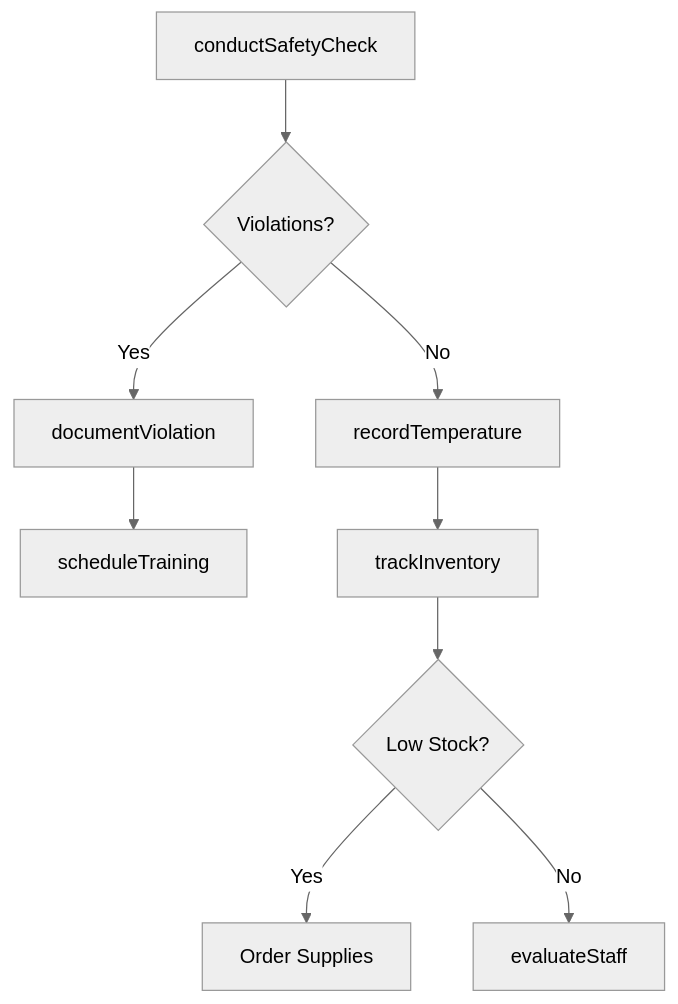
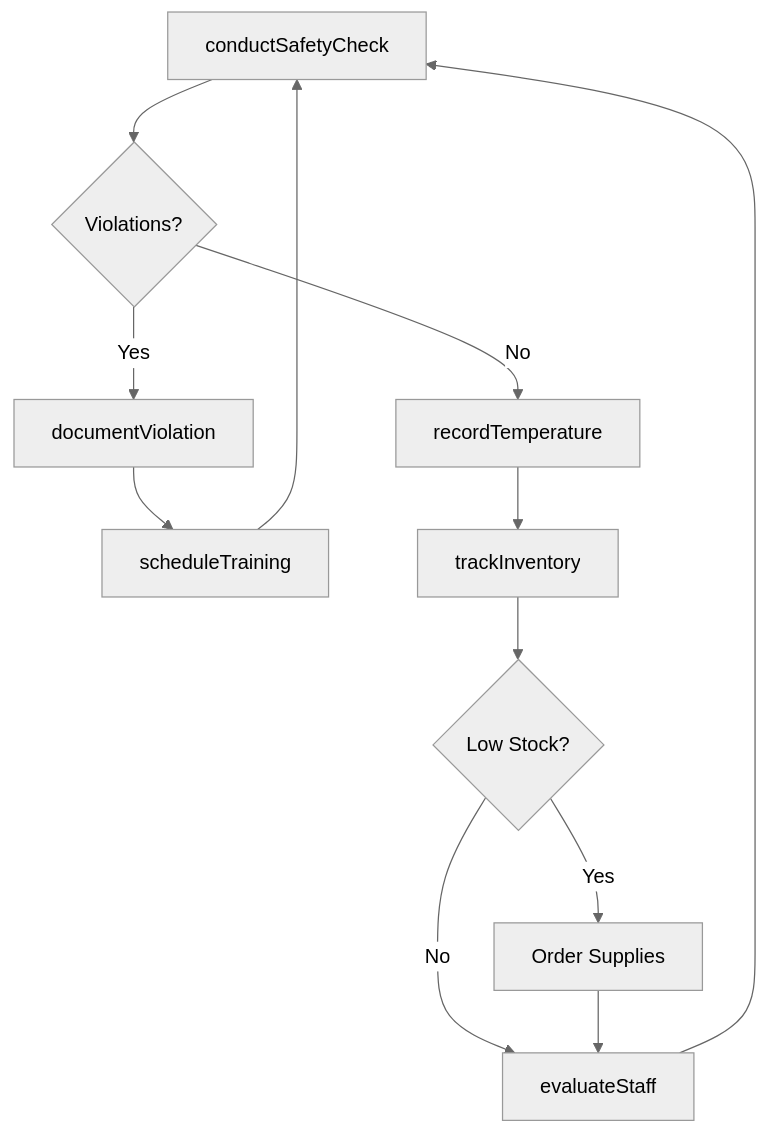
One commit to dot-org-ai/tasks.org.ai changed the third of 4 diagrams in MonitoringProcessesMaterialsOrSurroundings/MonitorOperationsToEnsureAdequatePerformance/MonitorFoodServicesOperationsEnsure.mdx. Above: the diagram before and after it, drawn with Mermaid (neutral theme). The commit also changed other lines of this file and 266 other files, not shown here.

First line of the commit message:
feat: Add ER diagrams, state diagrams to wave 2 batch (251 DWA files)

````diff
--- a/MonitoringProcessesMaterialsOrSurroundings/MonitorOperationsToEnsureAdequatePerformance/MonitorFoodServicesOperationsEnsure.mdx
+++ b/MonitoringProcessesMaterialsOrSurroundings/MonitorOperationsToEnsureAdequatePerformance/MonitorFoodServicesOperationsEnsure.mdx
@@ -87,11 +117,14 @@
 ```mermaid
 graph TD
     A[conductSafetyCheck] --> B{Violations?}
     B -->|Yes| C[documentViolation]
     B -->|No| D[recordTemperature]
     C --> E[scheduleTraining]
     D --> F[trackInventory]
     F --> G{Low Stock?}
     G -->|Yes| H[Order Supplies]
     G -->|No| I[evaluateStaff]
+    E --> A
+    I --> A
+    H --> I
 ```
````
